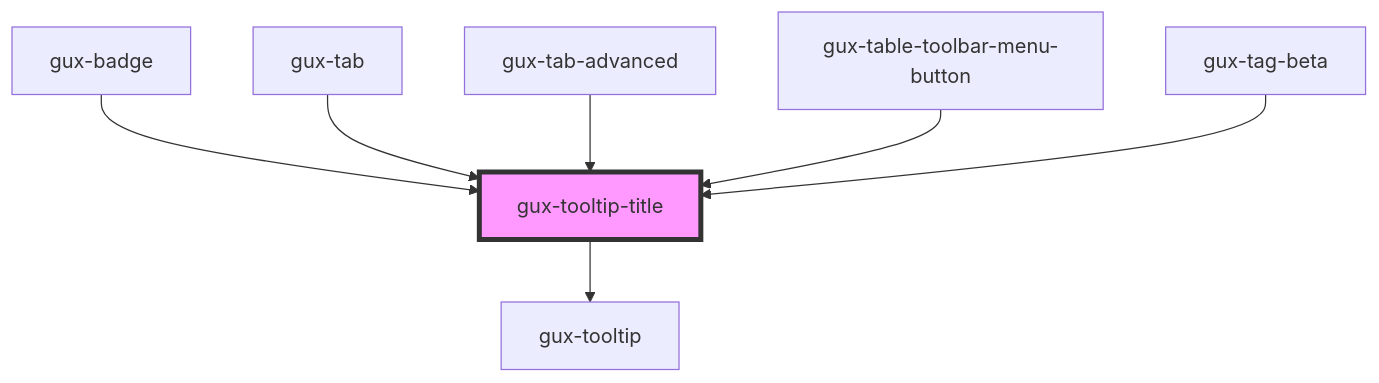
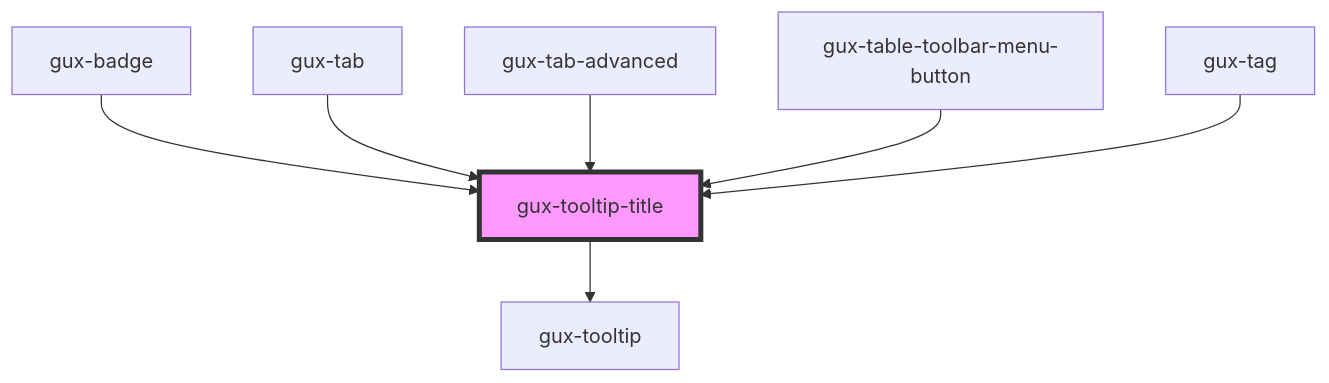
Before and after one commit to MyPureCloud/genesys-spark: the diagram in packages/genesys-spark-components/src/components/stable/gux-tooltip-title/readme.md, drawn with Mermaid. The commit also changed other lines of this file and 31 other files, not shown here.

````diff
--- a/packages/genesys-spark-components/src/components/stable/gux-tooltip-title/readme.md
+++ b/packages/genesys-spark-components/src/components/stable/gux-tooltip-title/readme.md
@@ -46,10 +46,10 @@
 ```mermaid
 graph TD;
   gux-tooltip-title --> gux-tooltip
   gux-badge --> gux-tooltip-title
   gux-tab --> gux-tooltip-title
   gux-tab-advanced --> gux-tooltip-title
   gux-table-toolbar-menu-button --> gux-tooltip-title
-  gux-tag-beta --> gux-tooltip-title
+  gux-tag --> gux-tooltip-title
   style gux-tooltip-title fill:#f9f,stroke:#333,stroke-width:4px
 ```
````
